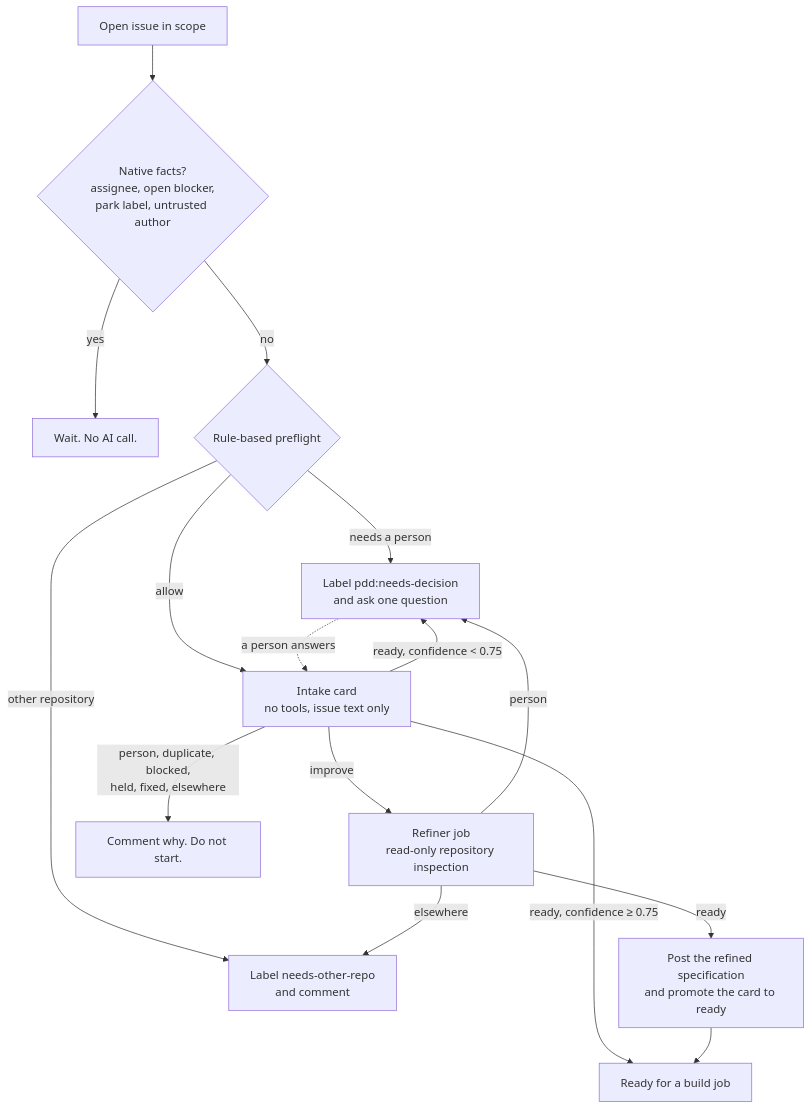
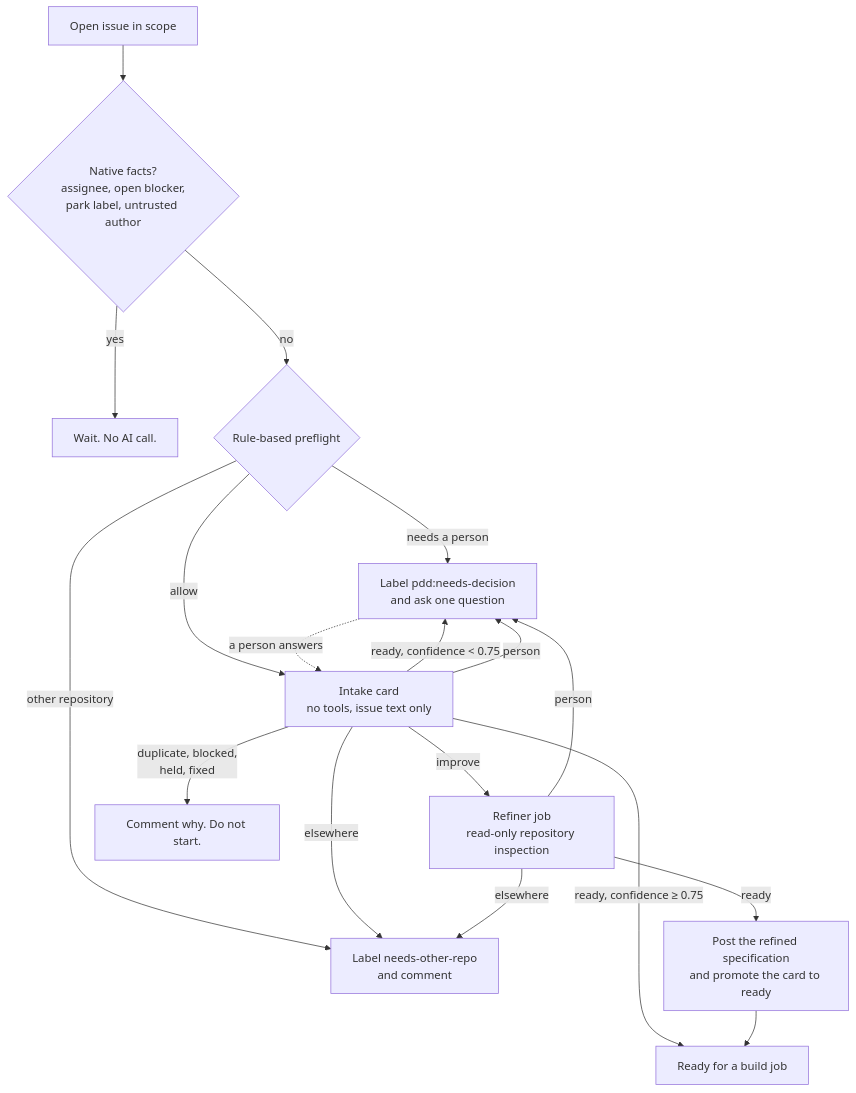
Before and after one commit to promptdriven/pdd: the diagram in docs/autopilot-issue-refinement.md, drawn with Mermaid. The commit also changed other lines of this file, not shown here.

````diff
--- a/docs/autopilot-issue-refinement.md
+++ b/docs/autopilot-issue-refinement.md
@@ -31,18 +31,20 @@
 ```mermaid
 flowchart TD
   A[Open issue in scope] --> B{Native facts?<br/>assignee, open blocker,<br/>park label, untrusted author}
   B -- yes --> W[Wait. No AI call.]
   B -- no --> P{Rule-based preflight}
   P -- other repository --> E[Label needs-other-repo<br/>and comment]
   P -- needs a person --> D[Label pdd:needs-decision<br/>and ask one question]
   P -- allow --> C[Intake card<br/>no tools, issue text only]
   C -- "ready, confidence ≥ 0.75" --> R[Ready for a build job]
   C -- "ready, confidence < 0.75" --> D
   C -- improve --> I[Refiner job<br/>read-only repository inspection]
-  C -- "person, duplicate, blocked,<br/>held, fixed, elsewhere" --> X[Comment why. Do not start.]
+  C -- person --> D
+  C -- elsewhere --> E
+  C -- "duplicate, blocked,<br/>held, fixed" --> X[Comment why. Do not start.]
   I -- ready --> S[Post the refined specification<br/>and promote the card to ready]
   I -- person --> D
   I -- elsewhere --> E
   S --> R
   D -. a person answers .-> C
 ```
````
